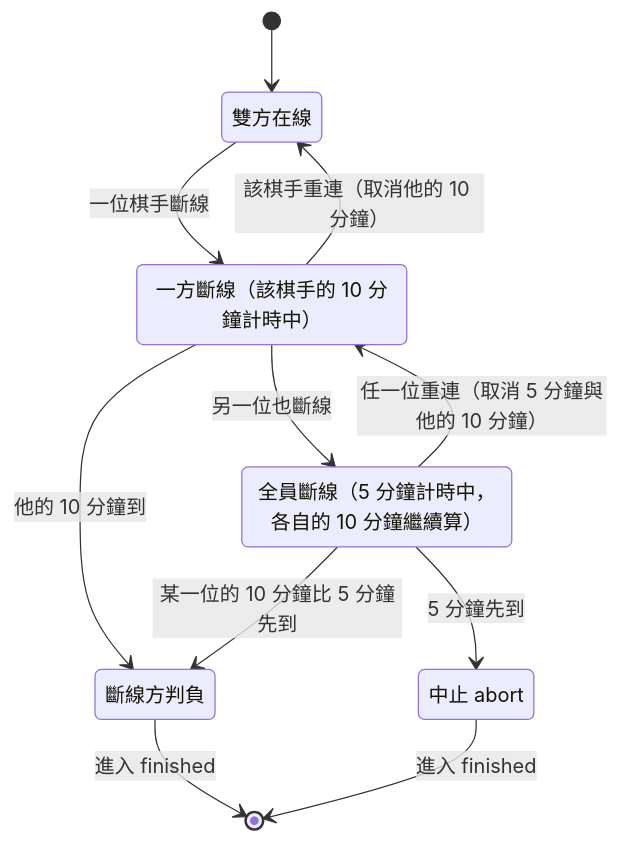
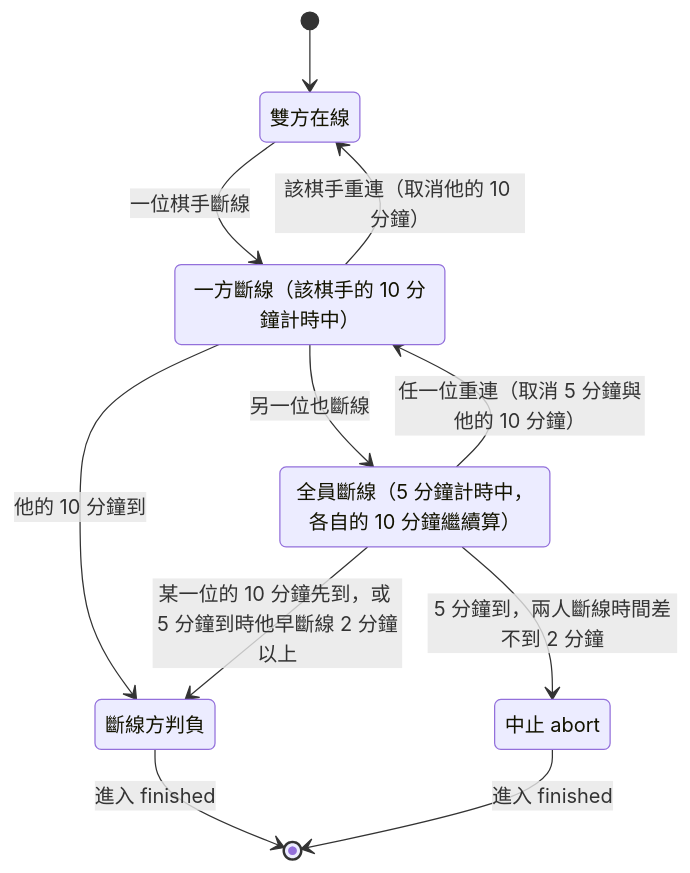
Before and after one commit to yshsu0918/yi-arena: the sixth of 7 diagrams in docs/spec_v2.md, drawn with Mermaid. The commit also changed other lines of this file and 1 other file, not shown here.

````diff
--- a/docs/spec_v2.md
+++ b/docs/spec_v2.md
@@ -429,19 +465,19 @@
 ```mermaid
 stateDiagram-v2
   state "雙方在線" as both
   state "一方斷線（該棋手的 10 分鐘計時中）" as one
   state "全員斷線（5 分鐘計時中，各自的 10 分鐘繼續算）" as none
   state "斷線方判負" as lose
   state "中止 abort" as abort
 
   [*] --> both
   both --> one: 一位棋手斷線
   one --> both: 該棋手重連（取消他的 10 分鐘）
   one --> none: 另一位也斷線
   none --> one: 任一位重連（取消 5 分鐘與他的 10 分鐘）
   one --> lose: 他的 10 分鐘到
-  none --> lose: 某一位的 10 分鐘比 5 分鐘先到
-  none --> abort: 5 分鐘先到
+  none --> lose: 某一位的 10 分鐘先到，或 5 分鐘到時他早斷線 2 分鐘以上
+  none --> abort: 5 分鐘到，兩人斷線時間差不到 2 分鐘
   lose --> [*]: 進入 finished
   abort --> [*]: 進入 finished
 ```
````
